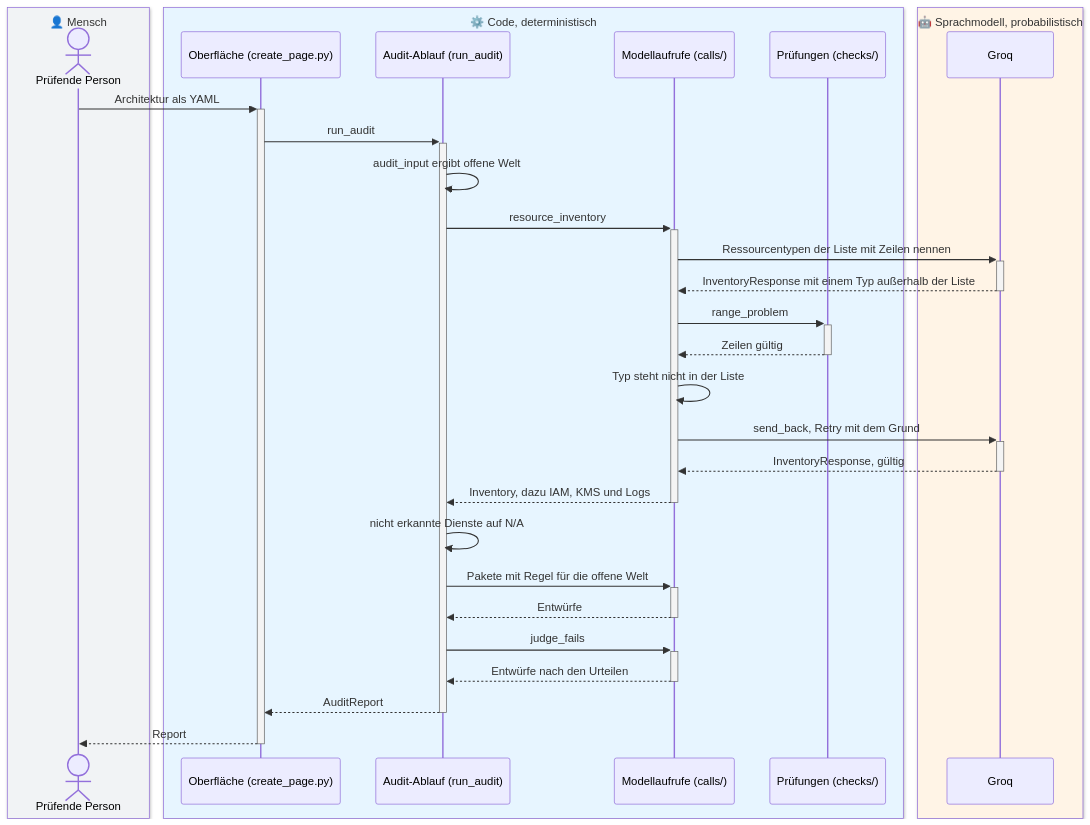
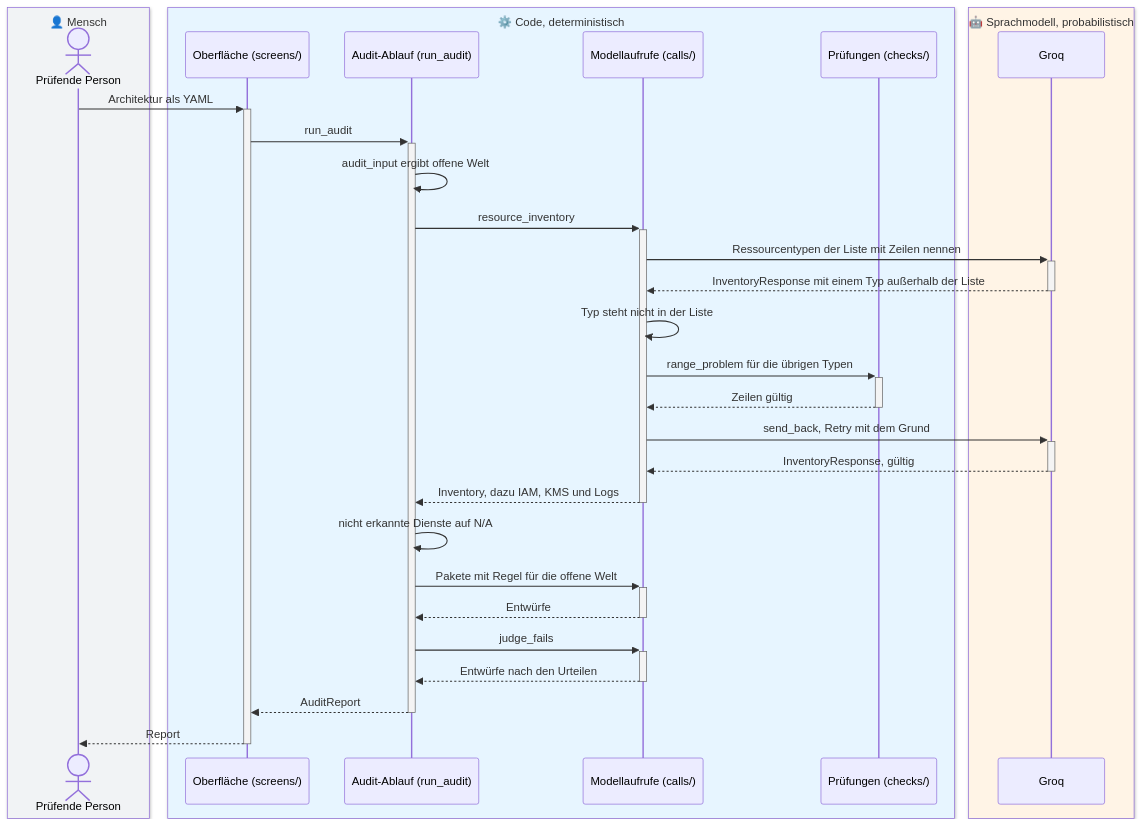
Diagram 20 of 23 in docs/ARCHITECTURE.md (Daniel74/GovGuard), drawn with Mermaid before and after one commit. The commit also changed other lines of this file and 5 other files, not shown here.

Commit message:
#73 Architecture and Funktionsweise - Final Draft

````diff
--- a/docs/ARCHITECTURE.md
+++ b/docs/ARCHITECTURE.md
@@ -2074,34 +1795,34 @@
 ```mermaid
 sequenceDiagram
   box rgb(241,243,245) 👤 Mensch
     actor P as Prüfende Person
   end
   box rgb(231,245,255) ⚙️ Code, deterministisch
-    participant UI as Oberfläche (create_page.py)
+    participant UI as Oberfläche (screens/)
     participant AE as Audit-Ablauf (run_audit)
     participant MC as Modellaufrufe (calls/)
     participant CH as Prüfungen (checks/)
   end
   box rgb(255,244,230) 🤖 Sprachmodell, probabilistisch
     participant M as Groq
   end
   P->>+UI: Architektur als YAML
   UI->>+AE: run_audit
   AE->>AE: audit_input ergibt offene Welt
   AE->>+MC: resource_inventory
   MC->>+M: Ressourcentypen der Liste mit Zeilen nennen
   M-->>-MC: InventoryResponse mit einem Typ außerhalb der Liste
-  MC->>+CH: range_problem
+  MC->>MC: Typ steht nicht in der Liste
+  MC->>+CH: range_problem für die übrigen Typen
   CH-->>-MC: Zeilen gültig
-  MC->>MC: Typ steht nicht in der Liste
   MC->>+M: send_back, Retry mit dem Grund
   M-->>-MC: InventoryResponse, gültig
   MC-->>-AE: Inventory, dazu IAM, KMS und Logs
   AE->>AE: nicht erkannte Dienste auf N/A
   AE->>+MC: Pakete mit Regel für die offene Welt
   MC-->>-AE: Entwürfe
   AE->>+MC: judge_fails
   MC-->>-AE: Entwürfe nach den Urteilen
   AE-->>-UI: AuditReport
   UI-->>-P: Report
 ```
````
